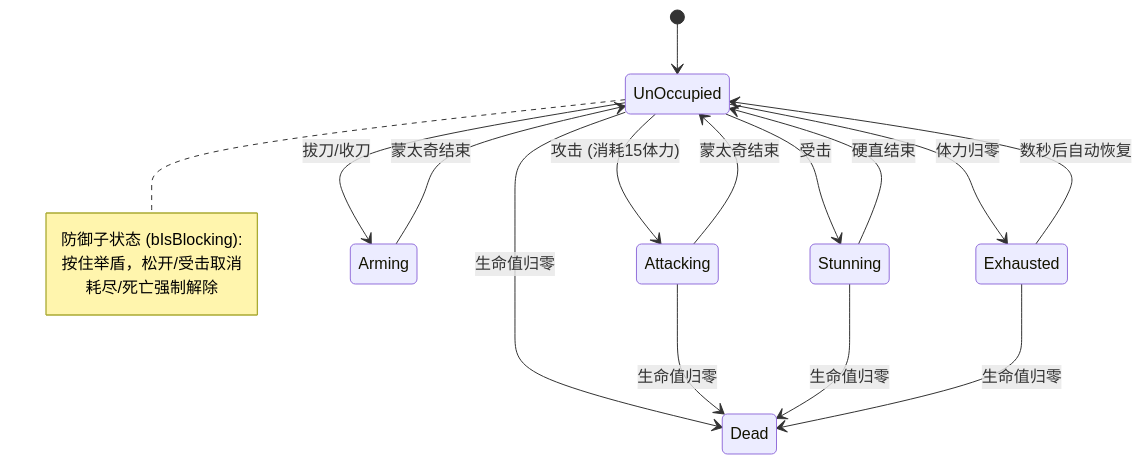
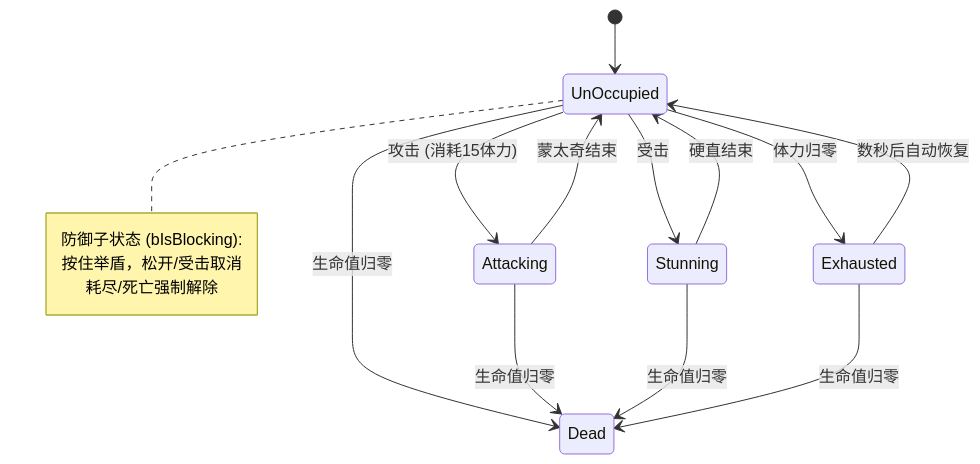
One commit to Kulahala/UE5-Soulslike-Combat changed the first of 6 diagrams in README.md. Above: the diagram before and after it, drawn with Mermaid. The commit also changed other lines of this file and 13 other files, not shown here.

````diff
--- a/README.md
+++ b/README.md
@@ -84,25 +82,23 @@
 ```mermaid
 stateDiagram-v2
     [*] --> UnOccupied
 
     UnOccupied --> Attacking : 攻击 (消耗15体力)
-    UnOccupied --> Arming : 拔刀/收刀
     UnOccupied --> Stunning : 受击
     UnOccupied --> Exhausted : 体力归零
 
     note right of UnOccupied
         防御子状态 (bIsBlocking):
         按住举盾，松开/受击取消
         耗尽/死亡强制解除
     end note
 
     Attacking --> UnOccupied : 蒙太奇结束
-    Arming --> UnOccupied : 蒙太奇结束
     Stunning --> UnOccupied : 硬直结束
     Exhausted --> UnOccupied : 数秒后自动恢复
 
     UnOccupied --> Dead : 生命值归零
     Attacking --> Dead : 生命值归零
     Stunning --> Dead : 生命值归零
     Exhausted --> Dead : 生命值归零
 ```
````
